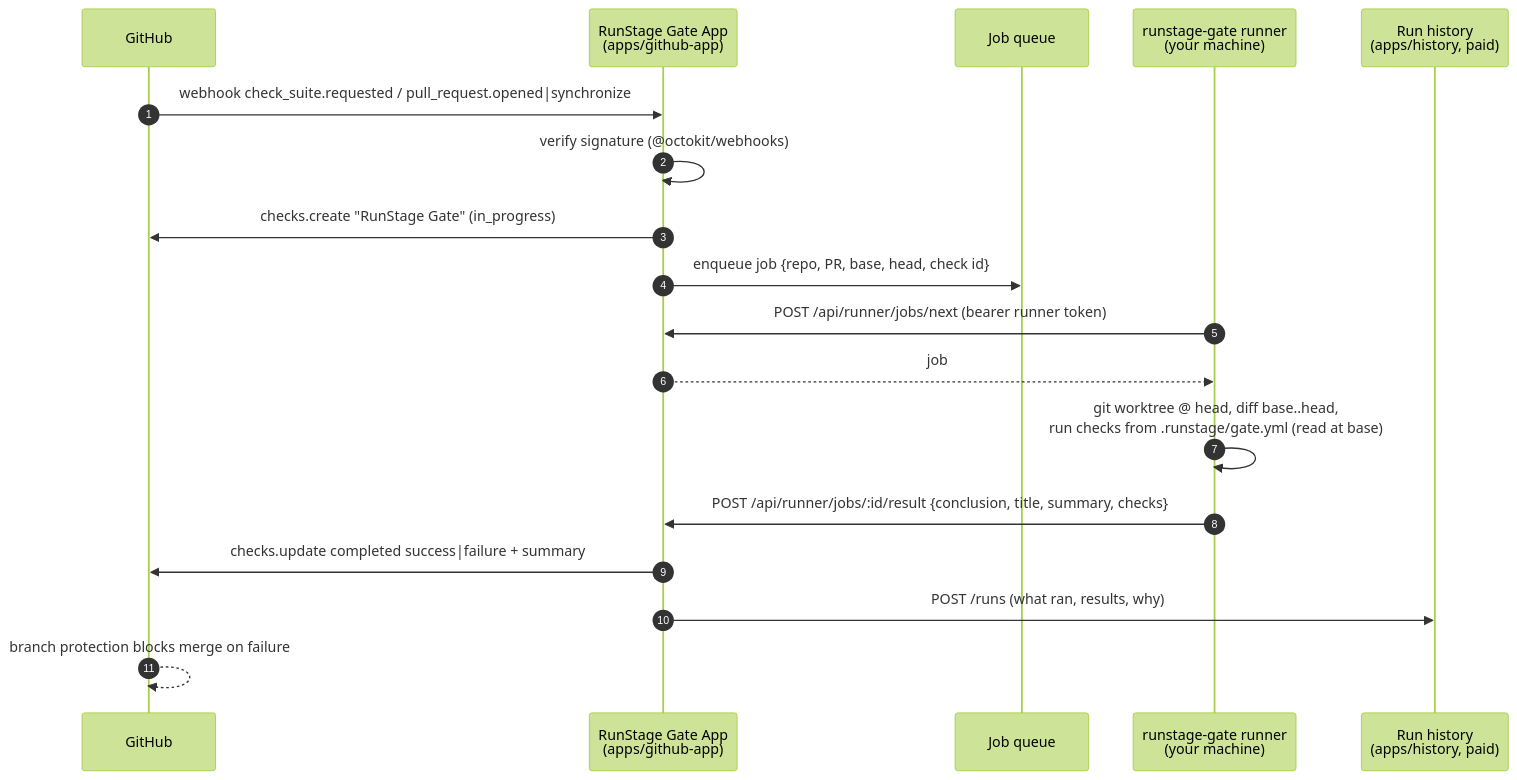
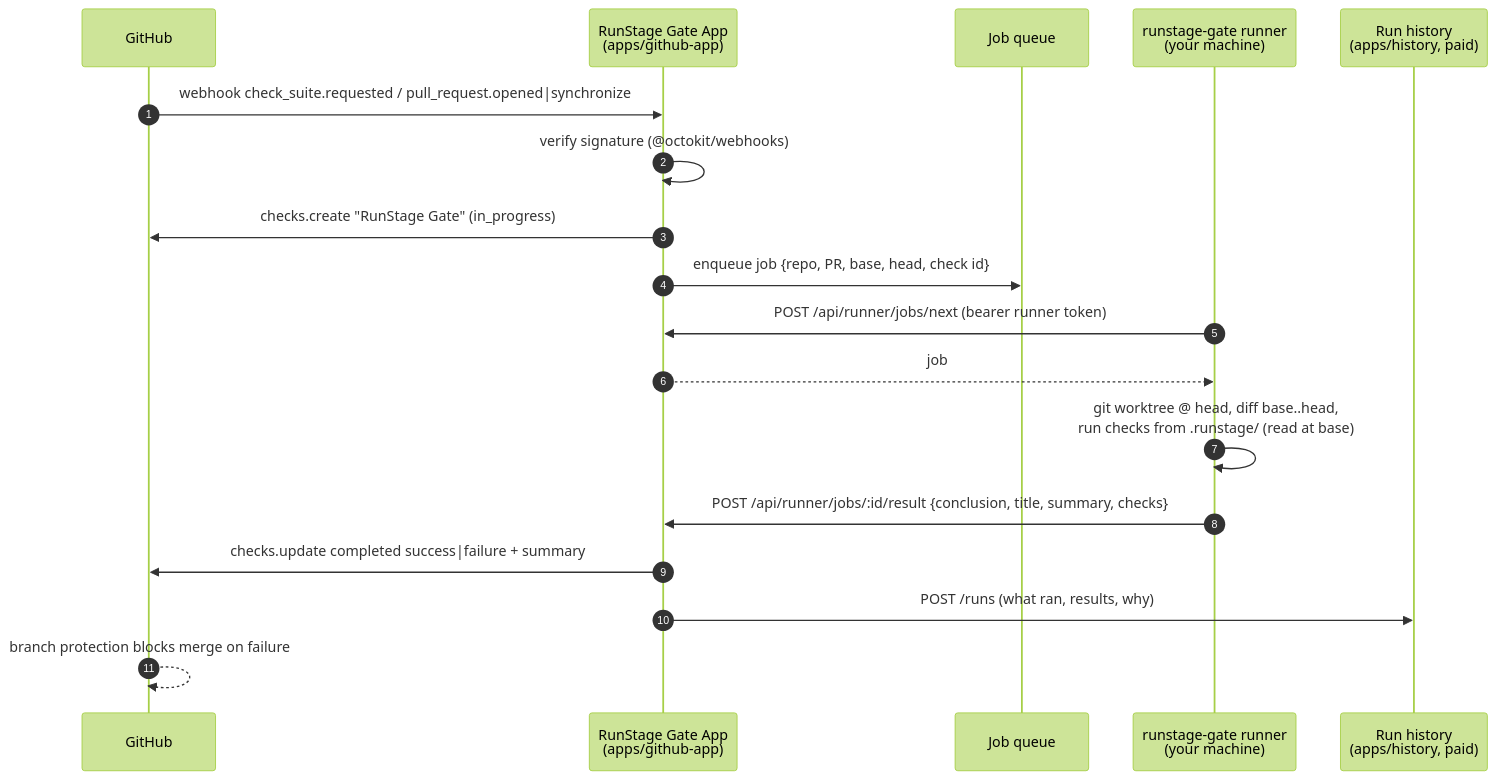
The first of 2 diagrams in README.md (cbursasiu/runstage-gate), drawn with Mermaid (forest theme) before and after one commit. The commit also changed other lines of this file and 1 other file, not shown here.

Commit message:
docs: describe base-pinned check scripts

````diff
--- a/README.md
+++ b/README.md
@@ -27,21 +27,21 @@
 ```mermaid
 sequenceDiagram
     autonumber
     participant GH as GitHub
     participant App as RunStage Gate App<br/>(apps/github-app)
     participant Q as Job queue
     participant R as runstage-gate runner<br/>(your machine)
     participant H as Run history<br/>(apps/history, paid)
 
     GH->>App: webhook check_suite.requested / pull_request.opened|synchronize
     App->>App: verify signature (@octokit/webhooks)
     App->>GH: checks.create "RunStage Gate" (in_progress)
     App->>Q: enqueue job {repo, PR, base, head, check id}
     R->>App: POST /api/runner/jobs/next (bearer runner token)
     App-->>R: job
-    R->>R: git worktree @ head, diff base..head,<br/>run checks from .runstage/gate.yml (read at base)
+    R->>R: git worktree @ head, diff base..head,<br/>run checks from .runstage/ (read at base)
     R->>App: POST /api/runner/jobs/:id/result {conclusion, title, summary, checks}
     App->>GH: checks.update completed success|failure + summary
     App->>H: POST /runs (what ran, results, why)
     GH-->>GH: branch protection blocks merge on failure
 ```
````
